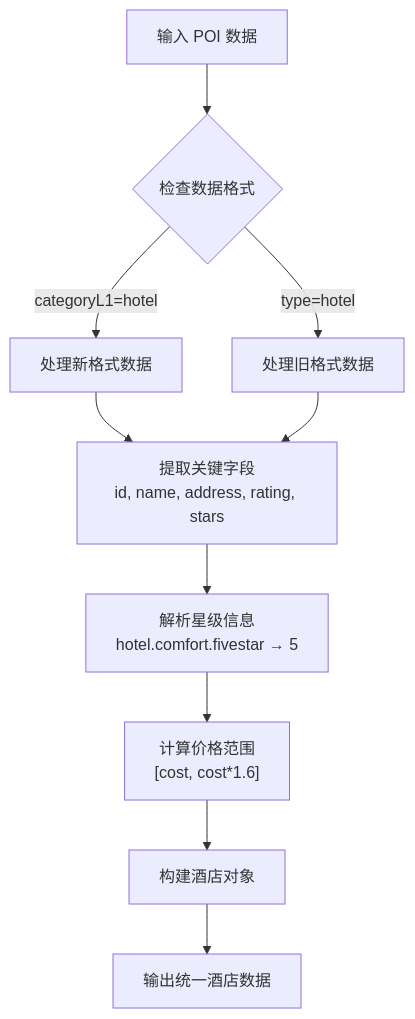
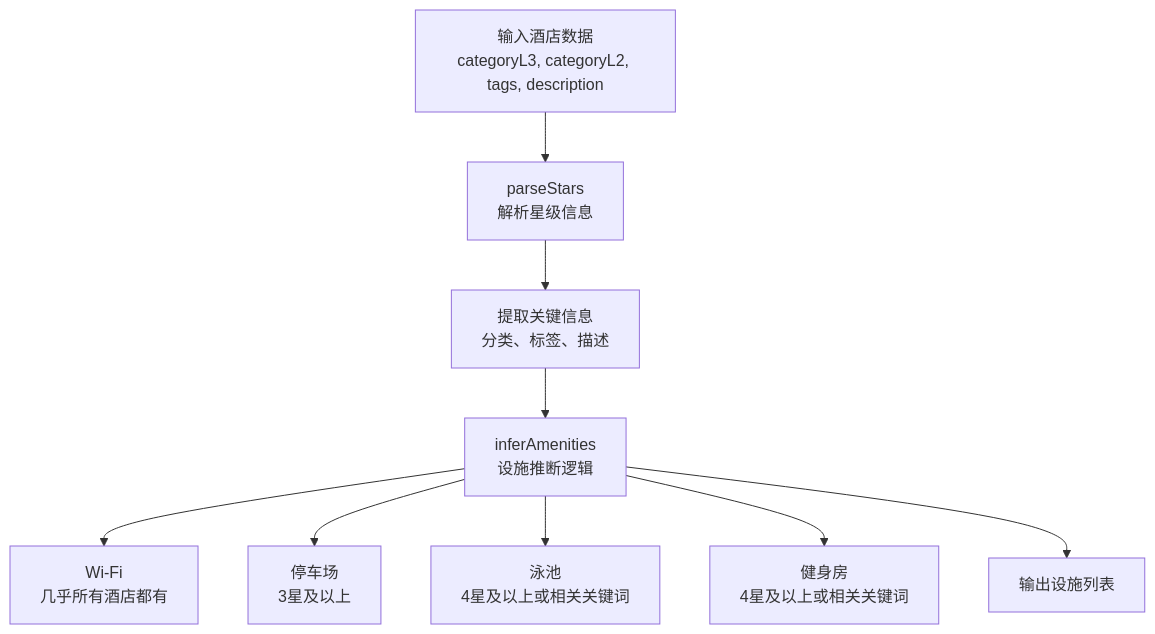
Before and after one commit to ititjjy/AITrip-plan: the eighth of 14 diagrams in .qoder/repowiki/zh/content/后端API架构/数据库层设计/数据库层设计.md, drawn with Mermaid. The commit also changed other lines of this file and 28 other files, not shown here.

````diff
--- a/.qoder/repowiki/zh/content/后端API架构/数据库层设计/数据库层设计.md
+++ b/.qoder/repowiki/zh/content/后端API架构/数据库层设计/数据库层设计.md
@@ -495,12 +525,11 @@
 ```mermaid
 flowchart TD
-Input["输入 POI 数据"] --> CheckFormat{"检查数据格式"}
-CheckFormat --> |categoryL1=hotel| ProcessNew["处理新格式数据"]
-CheckFormat --> |type=hotel| ProcessOld["处理旧格式数据"]
-ProcessNew --> ExtractFields["提取关键字段<br/>id, name, address, rating, stars"]
-ProcessOld --> ExtractFields
-ExtractFields --> ParseStars["解析星级信息<br/>hotel.comfort.fivestar → 5"]
-ParseStars --> CalculatePrice["计算价格范围<br/>[cost, cost*1.6]"]
-CalculatePrice --> BuildHotel["构建酒店对象"]
-BuildHotel --> Output["输出统一酒店数据"]
+Input["输入酒店数据<br/>categoryL3, categoryL2, tags, description"] --> ParseStars["parseStars<br/>解析星级信息"]
+ParseStars --> ExtractInfo["提取关键信息<br/>分类、标签、描述"]
+ExtractInfo --> InferLogic["inferAmenities<br/>设施推断逻辑"]
+InferLogic --> WiFi["Wi-Fi<br/>几乎所有酒店都有"]
+InferLogic --> Parking["停车场<br/>3星及以上"]
+InferLogic --> Pool["泳池<br/>4星及以上或相关关键词"]
+InferLogic --> Gym["健身房<br/>4星及以上或相关关键词"]
+InferLogic --> Output["输出设施列表"]
 ```
````
